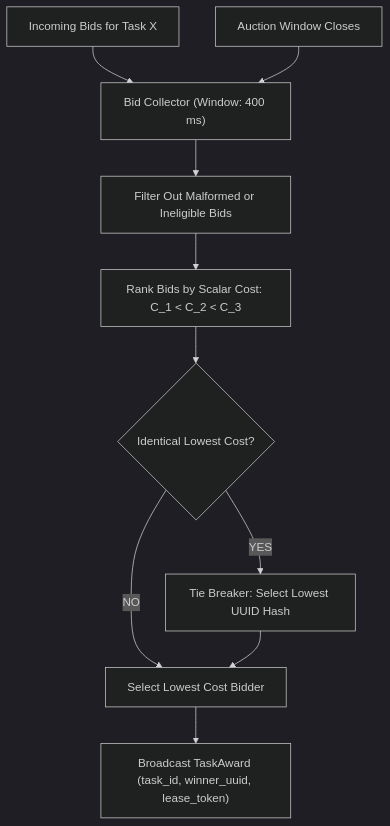
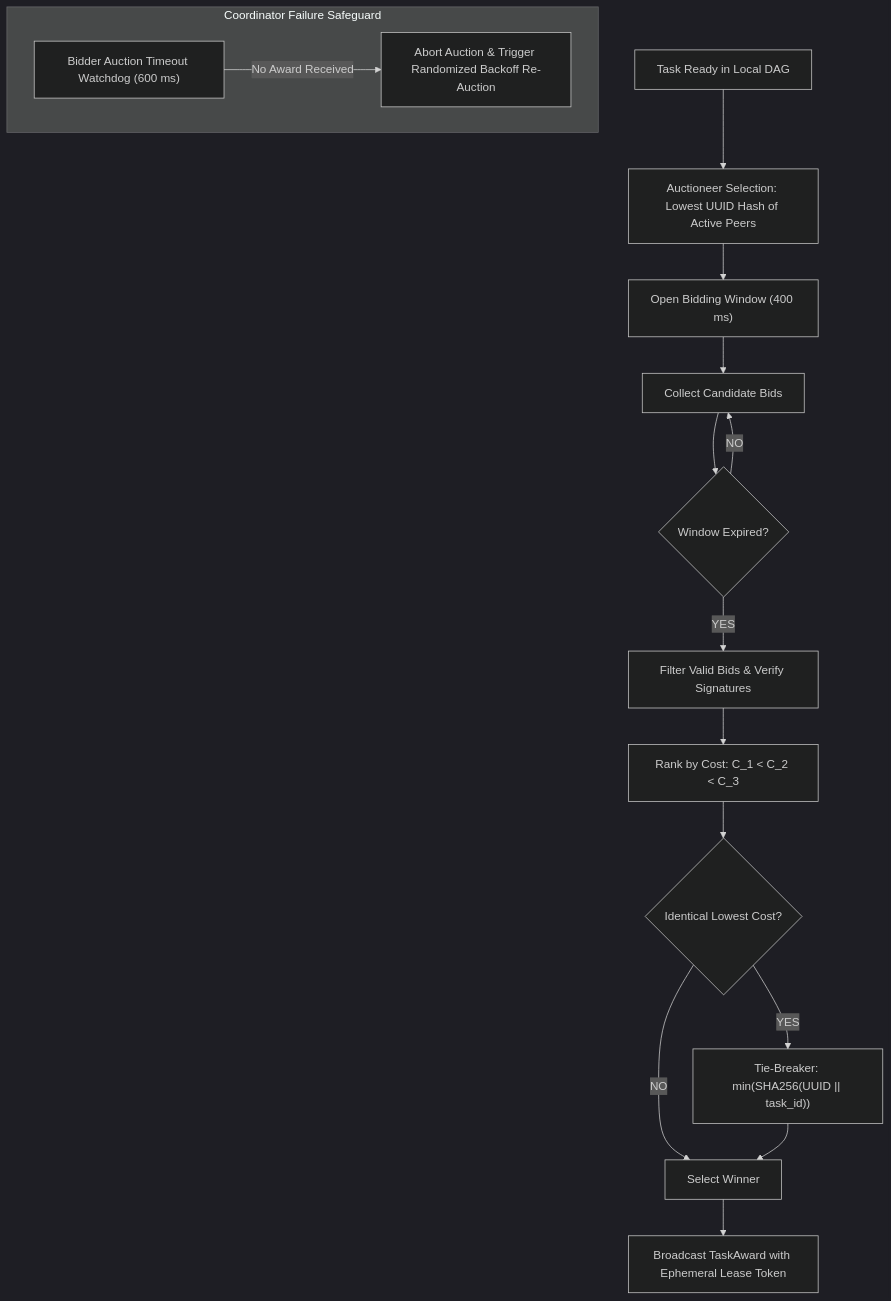
The diagram in docs/04_layer2_distributed_autonomy/2.4_distributed_task_allocation/task_negotiation.md (Sairam080424/decentralized_multi_robot_mine_inspection), drawn with Mermaid (dark theme) before and after one commit. The commit also changed other lines of this file and 31 other files, not shown here.

First line of the commit message:
fix(m0-foundation): address PR #1 review comments and consolidate architecture

````diff
--- a/docs/04_layer2_distributed_autonomy/2.4_distributed_task_allocation/task_negotiation.md
+++ b/docs/04_layer2_distributed_autonomy/2.4_distributed_task_allocation/task_negotiation.md
@@ -17,12 +17,20 @@
 ```mermaid
 flowchart TD
-    Bids["Incoming Bids for Task X"] --> Collector["Bid Collector (Window: 400 ms)"]
-    Timer["Auction Window Closes"] --> Collector
-    Collector --> Filter["Filter Out Malformed or Ineligible Bids"]
-    Filter --> Rank["Rank Bids by Scalar Cost: C_1 < C_2 < C_3"]
+    Announce["Task Ready in Local DAG"] --> SelectAuctioneer["Auctioneer Selection: Lowest UUID Hash of Active Peers"]
+    SelectAuctioneer --> OpenWindow["Open Bidding Window (400 ms)"]
+    OpenWindow --> Collect["Collect Candidate Bids"]
+    Collect --> WindowTimeout{"Window Expired?"}
+    WindowTimeout -->|YES| Filter["Filter Valid Bids & Verify Signatures"]
+    WindowTimeout -->|NO| Collect
+    Filter --> Rank["Rank by Cost: C_1 < C_2 < C_3"]
     Rank --> TieCheck{"Identical Lowest Cost?"}
-    TieCheck -->|YES| TieBreak["Tie Breaker: Select Lowest UUID Hash"]
-    TieCheck -->|NO| SelectWinner["Select Lowest Cost Bidder"]
+    TieCheck -->|YES| TieBreak["Tie-Breaker: min(SHA256(UUID || task_id))"]
+    TieCheck -->|NO| SelectWinner["Select Winner"]
     TieBreak --> SelectWinner
-    SelectWinner --> PublishAward["Broadcast TaskAward (task_id, winner_uuid, lease_token)"]
+    SelectWinner --> BroadcastAward["Broadcast TaskAward with Ephemeral Lease Token"]
+    
+    subgraph FailureHandling["Coordinator Failure Safeguard"]
+        Watchdog["Bidder Auction Timeout Watchdog (600 ms)"]
+        Watchdog -->|No Award Received| AbortAuction["Abort Auction & Trigger Randomized Backoff Re-Auction"]
+    end
 ```
````
